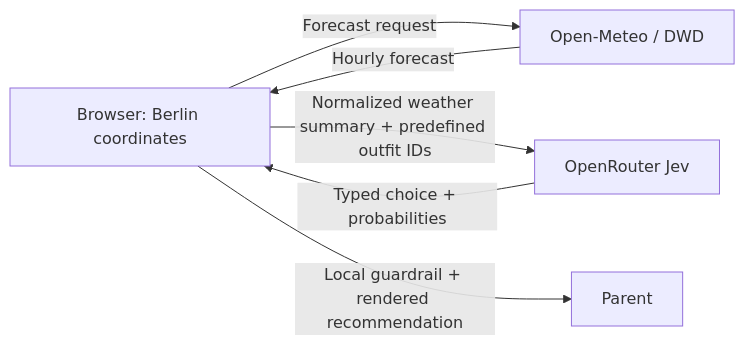
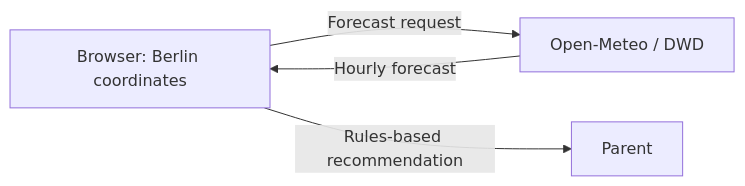
Before and after one commit to fguillen/WearToday: the diagram in PRODUCT.md, drawn with Mermaid. The commit also changed other lines of this file and 16 other files, not shown here.

First line of the commit message:
Remove the AI (Jev/OpenRouter) integration

````diff
--- a/PRODUCT.md
+++ b/PRODUCT.md
@@ -830,8 +624,6 @@
 ```mermaid
 flowchart LR
   A[Browser: Berlin coordinates] -->|Forecast request| B[Open-Meteo / DWD]
   B -->|Hourly forecast| A
-  A -->|Normalized weather summary + predefined outfit IDs| C[OpenRouter Jev]
-  C -->|Typed choice + probabilities| A
-  A -->|Local guardrail + rendered recommendation| D[Parent]
+  A -->|Rules-based recommendation| D[Parent]
 ```
````
